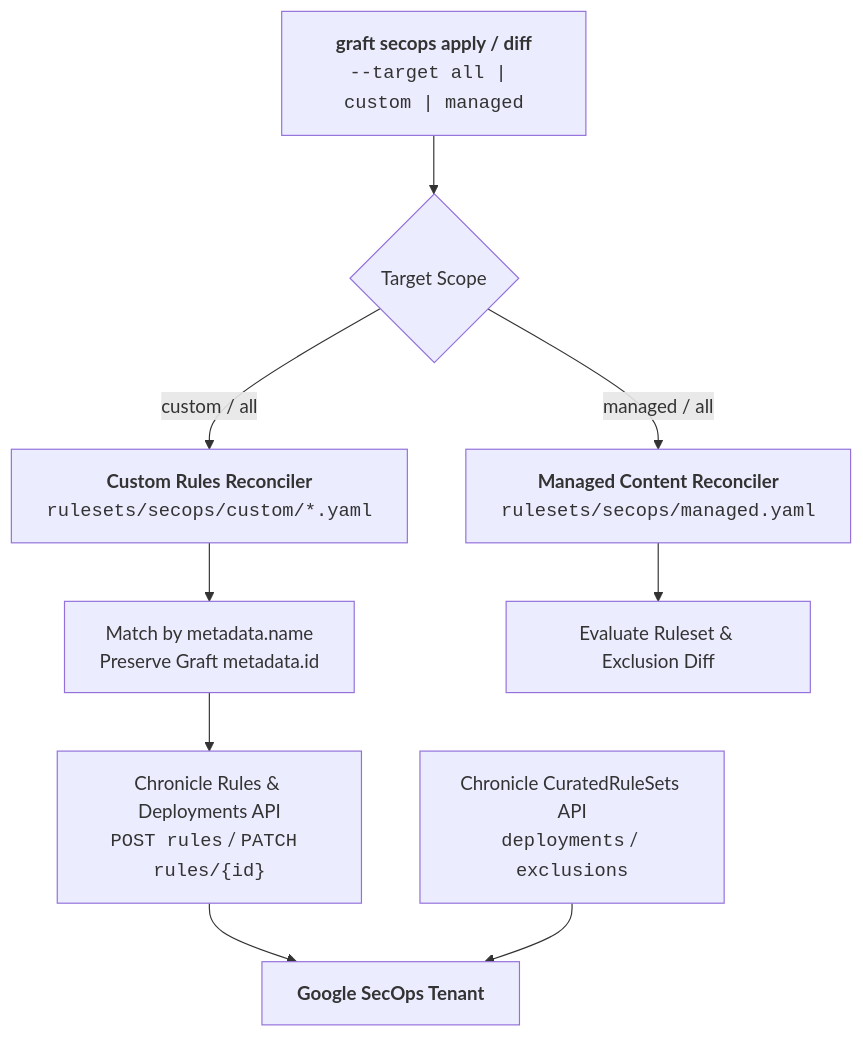
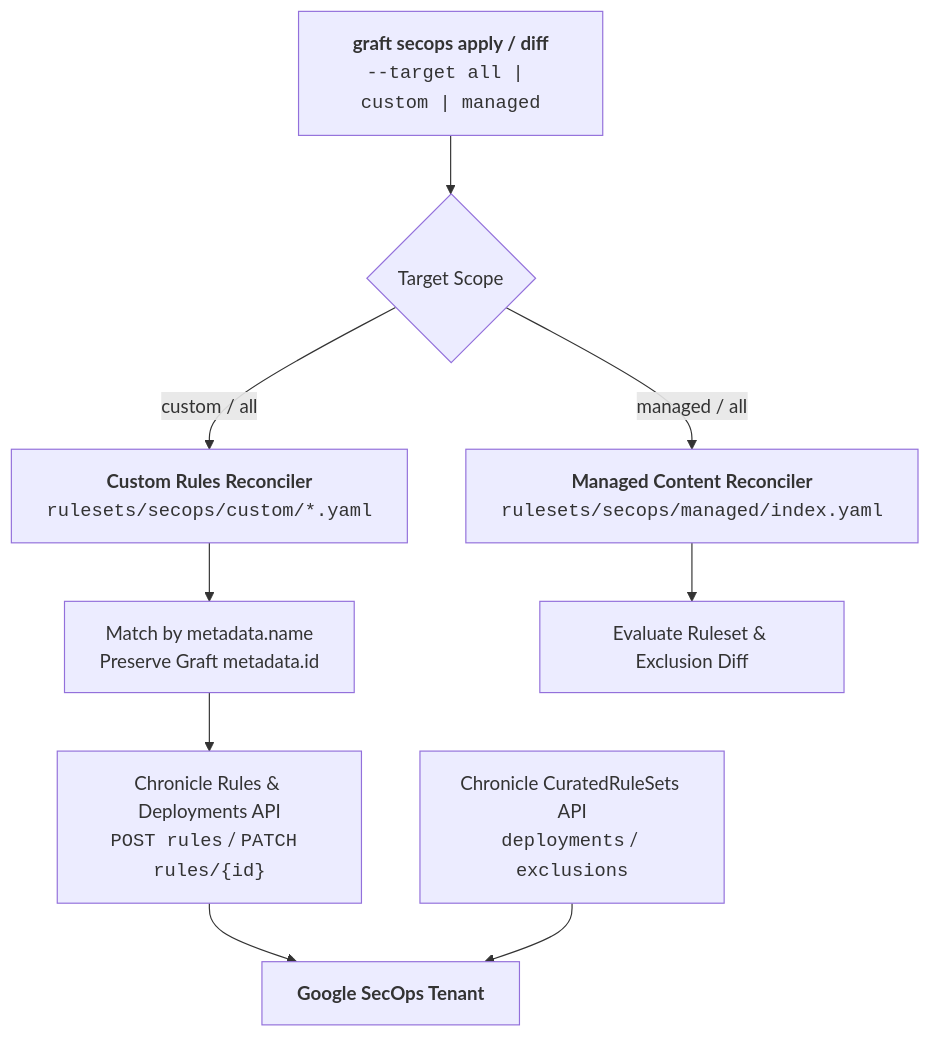
One commit to lopes/graft changed the first of 2 diagrams in docs/operators/gitops_reconciliation.md. Above: the diagram before and after it, drawn with Mermaid. The commit also changed other lines of this file and 51 other files, not shown here.

````diff
--- a/docs/operators/gitops_reconciliation.md
+++ b/docs/operators/gitops_reconciliation.md
@@ -11,19 +11,19 @@
 ```mermaid
 flowchart TD
     CLI["<b>graft secops apply / diff</b><br/><code>--target all | custom | managed</code>"]
     TARGET{"Target Scope"}
 
     CLI --> TARGET
 
     TARGET -- "custom / all" --> CUSTOM_FLOW["<b>Custom Rules Reconciler</b><br/><code>rulesets/secops/custom/*.yaml</code>"]
-    TARGET -- "managed / all" --> MANAGED_FLOW["<b>Managed Content Reconciler</b><br/><code>rulesets/secops/managed.yaml</code>"]
+    TARGET -- "managed / all" --> MANAGED_FLOW["<b>Managed Content Reconciler</b><br/><code>rulesets/secops/managed/index.yaml</code>"]
 
     CUSTOM_FLOW --> MATCH["Match by metadata.name<br/>Preserve Graft metadata.id"]
     MATCH --> CUSTOM_API["Chronicle Rules & Deployments API<br/><code>POST rules</code> / <code>PATCH rules/{id}</code>"]
 
     MANAGED_FLOW --> MAN_DIFF["Evaluate Ruleset & Exclusion Diff"]
     MANAGED_API["Chronicle CuratedRuleSets API<br/><code>deployments</code> / <code>exclusions</code>"]
 
     CUSTOM_API --> TENANT["<b>Google SecOps Tenant</b>"]
     MANAGED_API --> TENANT
 ```
````
